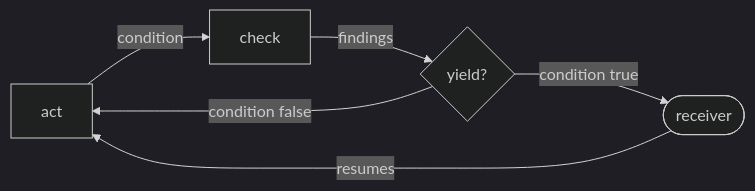
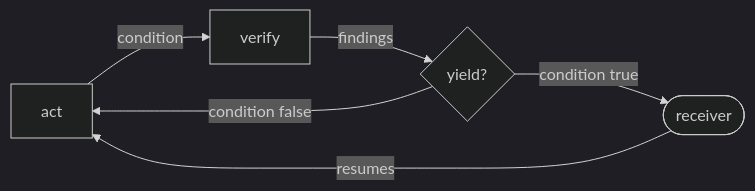
The diagram in doc-types/loop/contract-shape.md (GeoffNordling/dev-playbook), drawn with Mermaid (dark theme) before and after one commit. The commit also changed other lines of this file and 73 other files, not shown here.

First line of the commit message:
One vocabulary for deciding rules: rule, verifier, check, judge, finding, gate in CONTEXT.md; detector, lint, audit, and enforcement retired; Detectors becomes Checks, Writing a Check the guide, Loop's check becomes verify, the strand the check rewrite, doc-set-auditor becomes doc-set-judge

````diff
--- a/doc-types/loop/contract-shape.md
+++ b/doc-types/loop/contract-shape.md
@@ -79,8 +80,8 @@
 ```mermaid
 flowchart LR
-    act[act] -->|condition| check[check]
-    check -->|findings| yield{yield?}
+    act[act] -->|condition| verify[verify]
+    verify -->|findings| yield{yield?}
     yield -->|condition false| act
     yield -->|condition true| receiver([receiver])
     receiver -->|resumes| act
 ```
````
